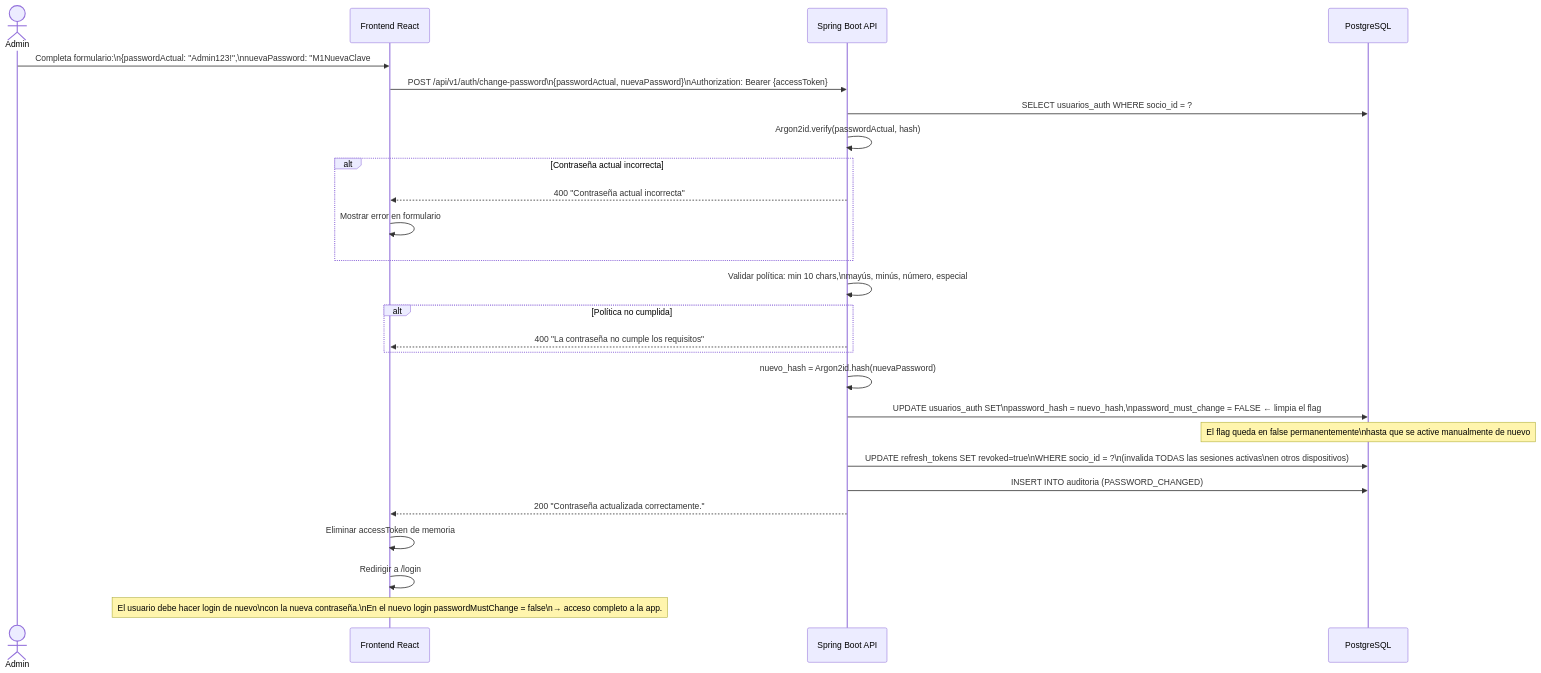
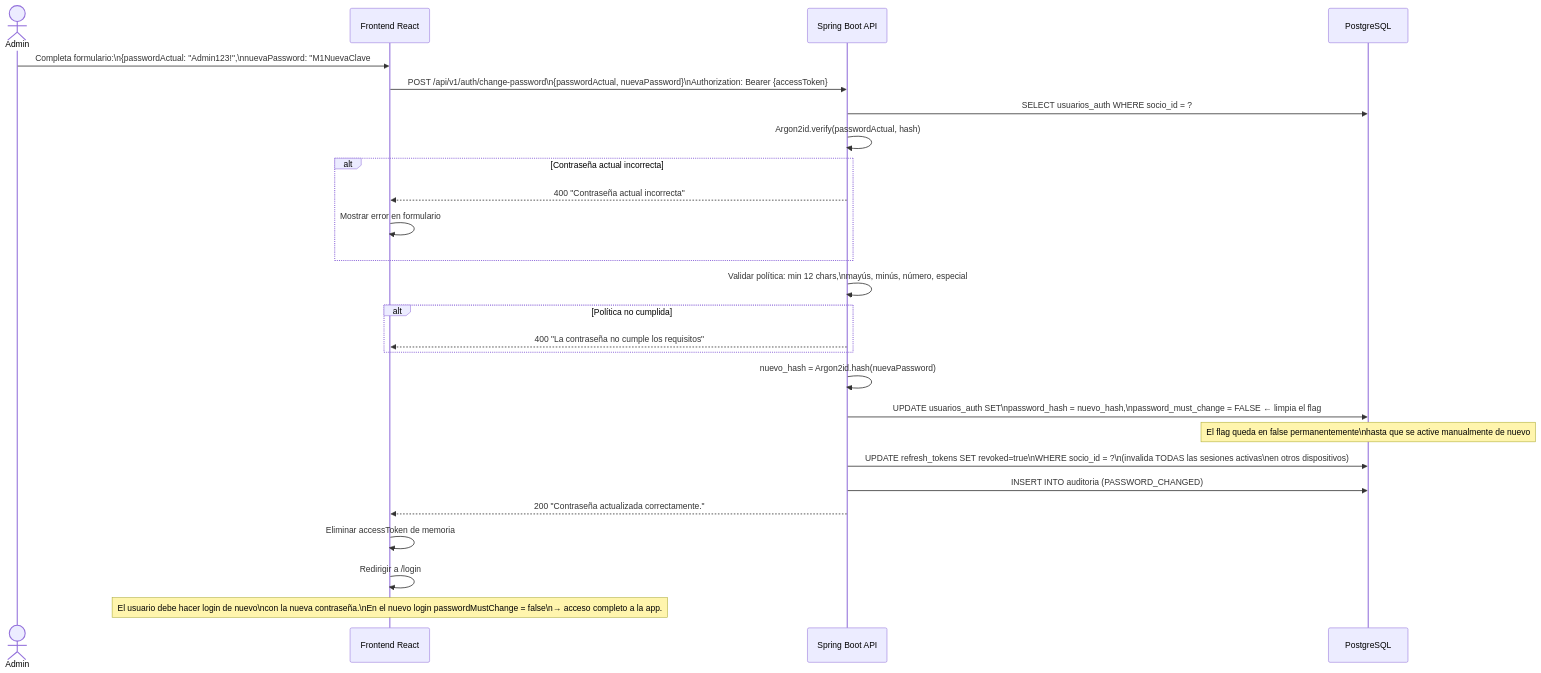
One commit to ovo86da/sadday-app changed the fourth of 5 diagrams in docs/security/diagramas/08_flujo_password_must_change.md. Above: the diagram before and after it, drawn with Mermaid. The commit also changed 3 other files, not shown here.

Commit message:
docs(diagramas): corregir 4 errores factuales en diagramas y arquitectura general

````diff
--- a/docs/security/diagramas/08_flujo_password_must_change.md
+++ b/docs/security/diagramas/08_flujo_password_must_change.md
@@ -104,40 +104,40 @@
 ```mermaid
 sequenceDiagram
     actor ADM as Admin
     participant FE as Frontend React
     participant API as Spring Boot API
     participant DB as PostgreSQL
 
     ADM->>FE: Completa formulario:\n{passwordActual: "Admin123!",\nnuevaPassword: "M1NuevaClave#2026",\nconfirmarPassword: "M1NuevaClave#2026"}
 
     FE->>API: POST /api/v1/auth/change-password\n{passwordActual, nuevaPassword}\nAuthorization: Bearer {accessToken}
 
     API->>DB: SELECT usuarios_auth WHERE socio_id = ?
     API->>API: Argon2id.verify(passwordActual, hash)
 
     alt Contraseña actual incorrecta
         API-->>FE: 400 "Contraseña actual incorrecta"
         FE->>FE: Mostrar error en formulario
     end
 
-    API->>API: Validar política: min 10 chars,\nmayús, minús, número, especial
+    API->>API: Validar política: min 12 chars,\nmayús, minús, número, especial
 
     alt Política no cumplida
         API-->>FE: 400 "La contraseña no cumple los requisitos"
     end
 
     API->>API: nuevo_hash = Argon2id.hash(nuevaPassword)
 
     API->>DB: UPDATE usuarios_auth SET\npassword_hash = nuevo_hash,\npassword_must_change = FALSE   ← limpia el flag
     Note over DB: El flag queda en false permanentemente\nhasta que se active manualmente de nuevo
 
     API->>DB: UPDATE refresh_tokens SET revoked=true\nWHERE socio_id = ?\n(invalida TODAS las sesiones activas\nen otros dispositivos)
 
     API->>DB: INSERT INTO auditoria (PASSWORD_CHANGED)
 
     API-->>FE: 200 "Contraseña actualizada correctamente."
 
     FE->>FE: Eliminar accessToken de memoria
     FE->>FE: Redirigir a /login
     Note over FE: El usuario debe hacer login de nuevo\ncon la nueva contraseña.\nEn el nuevo login passwordMustChange = false\n→ acceso completo a la app.
 ```
````
